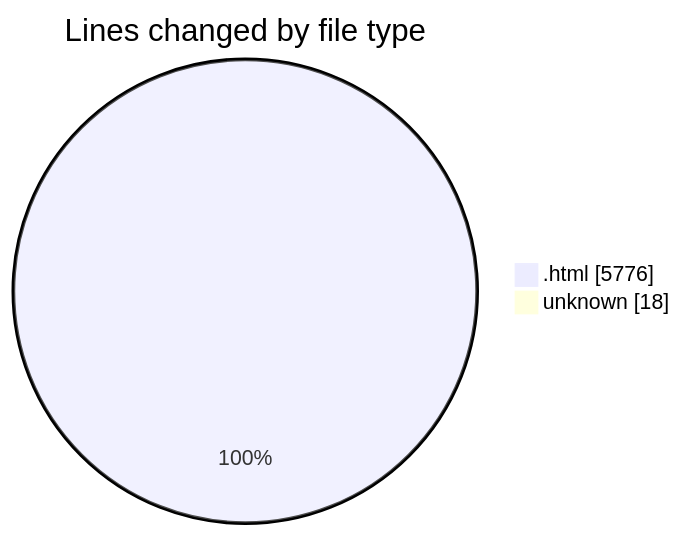
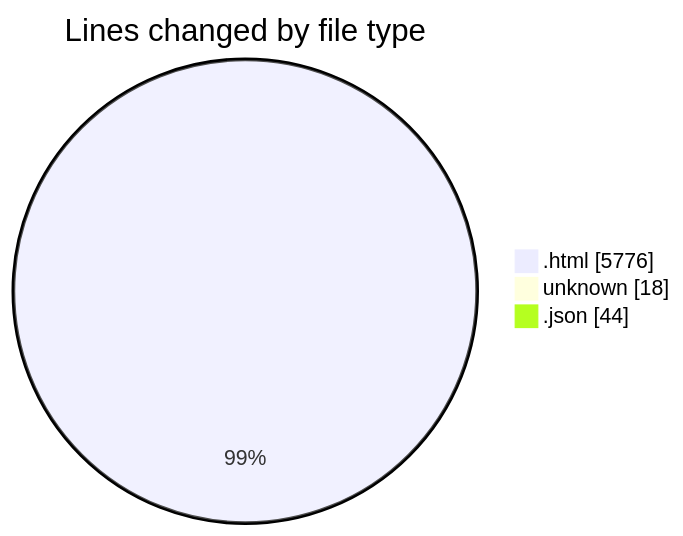
The first of 2 diagrams in 2025-06-17/projects/README.md (Ritupan-Deka/code-tracking), drawn with Mermaid before and after one commit. The commit also changed other lines of this file and 1 other file, not shown here.

````diff
--- a/2025-06-17/projects/README.md
+++ b/2025-06-17/projects/README.md
@@ -22,6 +23,7 @@
 ```mermaid
 pie showData
 title Lines changed by file type
 ".html" : 5776
 "unknown" : 18
+".json" : 44
 ```
````
